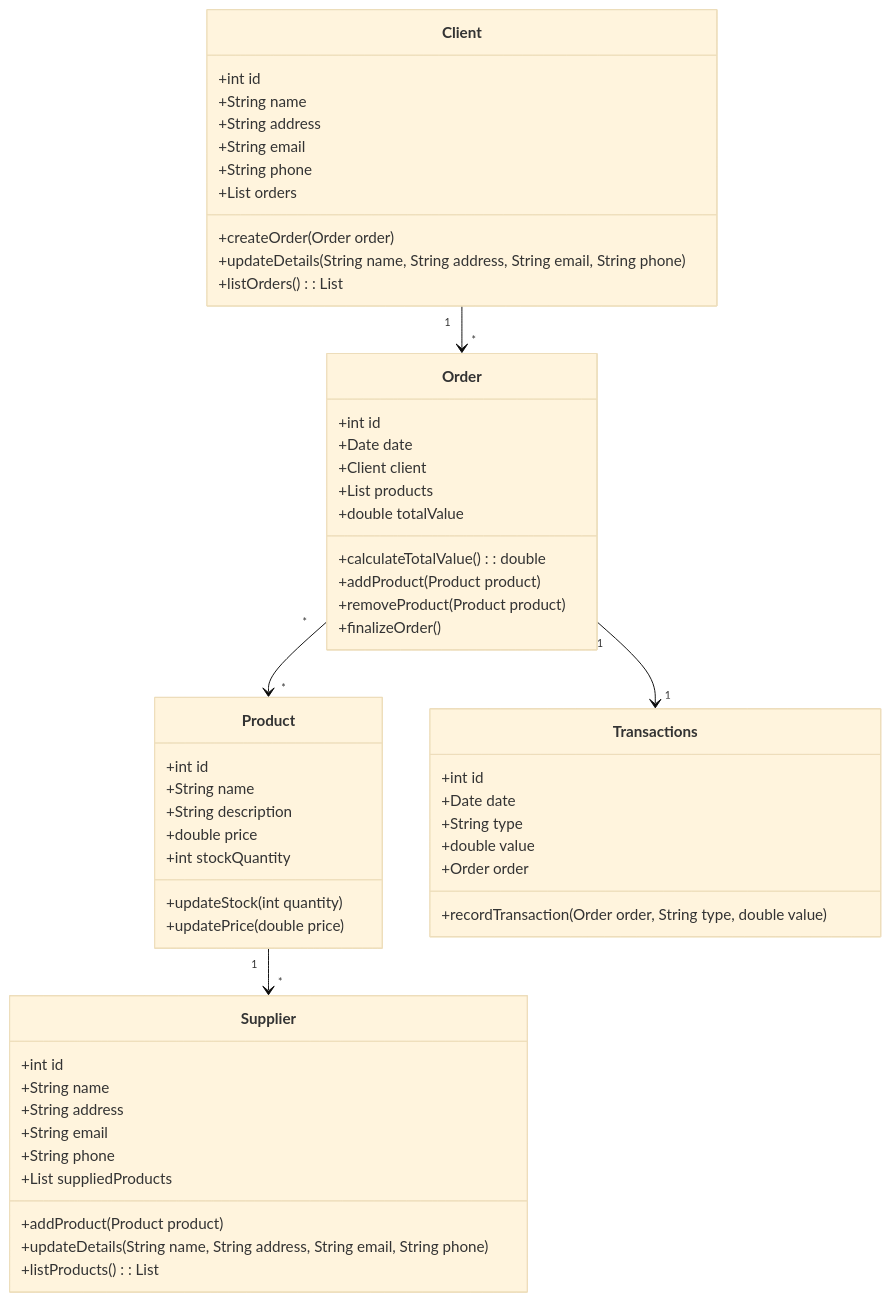
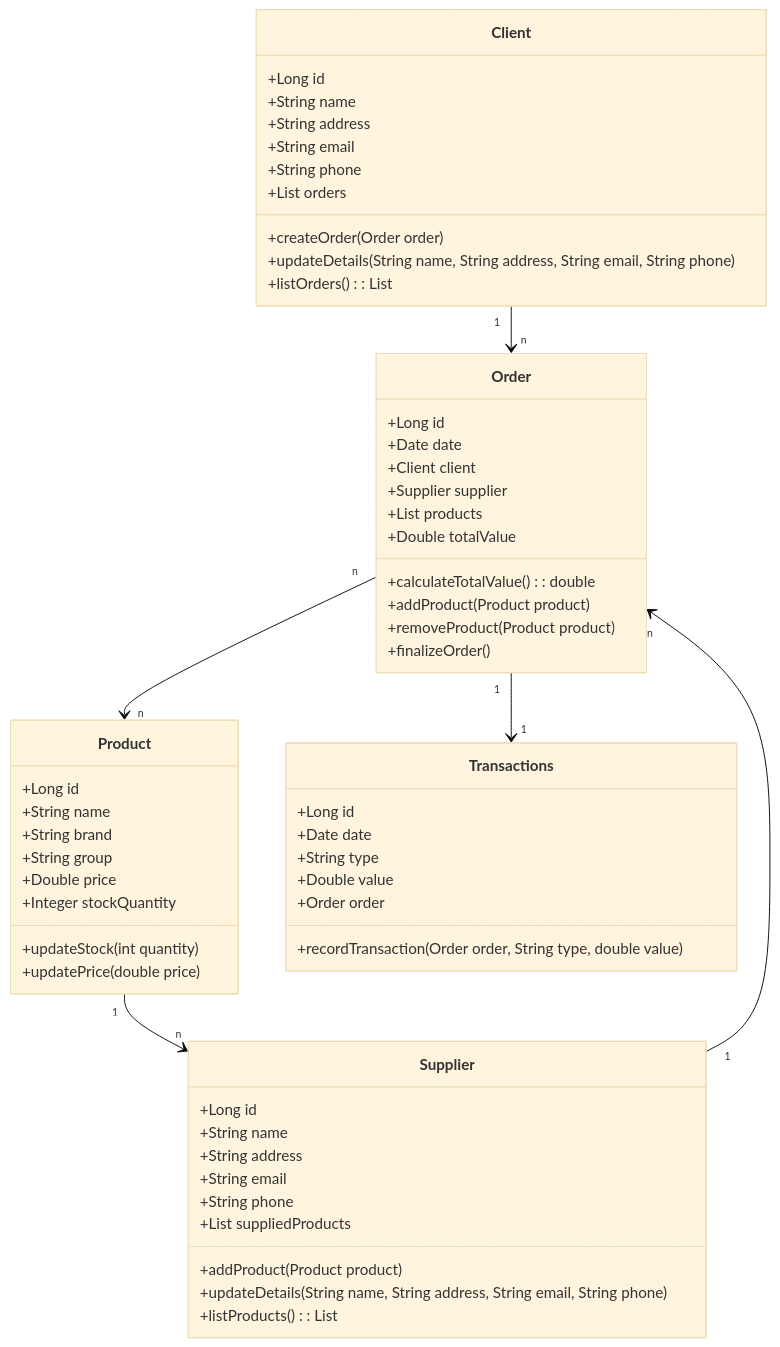
The diagram in README.md (DiegoCasemiroFS/distribuidora), drawn with Mermaid (base theme) before and after one commit.

````diff
--- a/README.md
+++ b/README.md
@@ -8,69 +8,72 @@
 ```mermaid
 classDiagram
     class Client {
-        +int id
+        +Long id
         +String name
         +String address
         +String email
         +String phone
         +List<Order> orders
         
         +createOrder(Order order)
         +updateDetails(String name, String address, String email, String phone)
         +listOrders(): List<Order>
     }
     
     class Supplier {
-        +int id
+        +Long id
         +String name
         +String address
         +String email
         +String phone
         +List<Product> suppliedProducts
         
         +addProduct(Product product)
         +updateDetails(String name, String address, String email, String phone)
         +listProducts(): List<Product>
     }
     
     class Order {
-        +int id
+        +Long id
         +Date date
         +Client client
+        +Supplier supplier
         +List<Product> products
-        +double totalValue
+        +Double totalValue
         
         +calculateTotalValue(): double
         +addProduct(Product product)
         +removeProduct(Product product)
         +finalizeOrder()
     }
     
     class Product {
-        +int id
+        +Long id
         +String name
-        +String description
-        +double price
-        +int stockQuantity
+        +String brand
+        +String group
+        +Double price
+        +Integer stockQuantity
         
         +updateStock(int quantity)
         +updatePrice(double price)
     }
     
     class Transactions {
-        +int id
+        +Long id
         +Date date
         +String type
-        +double value
+        +Double value
         +Order order
         
         +recordTransaction(Order order, String type, double value)
     }
 
-    Client "1" --> "*" Order
-    Order "*" --> "*" Product
-    Product "1" --> "*" Supplier
+    Client "1" --> "n" Order
+    Supplier "1" --> "n" Order
+    Order "n" --> "n" Product
+    Product "1" --> "n" Supplier
     Order "1" --> "1" Transactions
 
 
 ```
````
